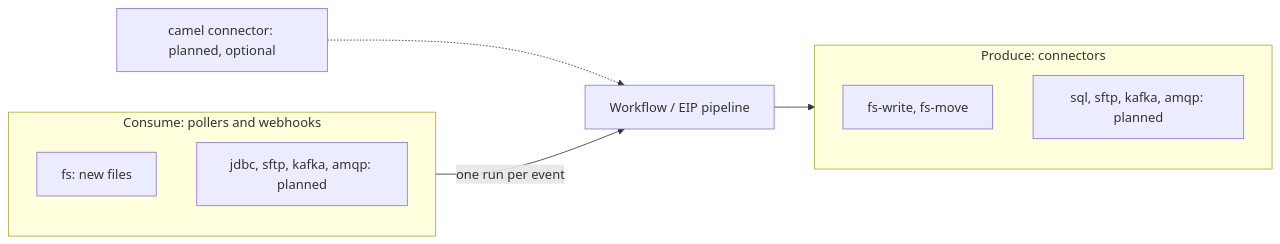
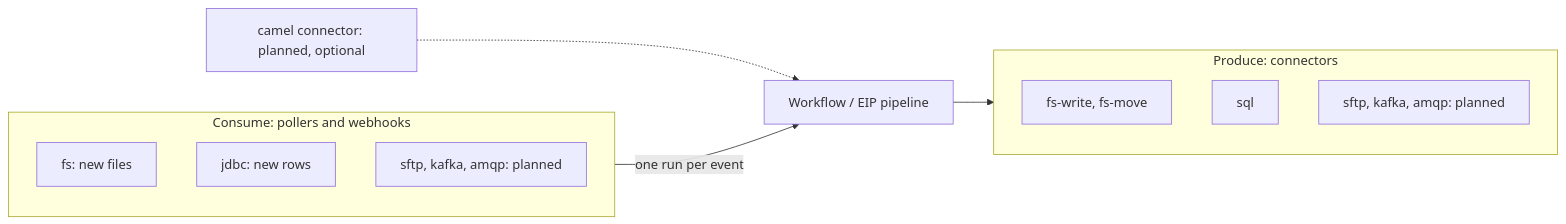
Before and after one commit to andalus-ai/wayang: the diagram in docs/ENDPOINTS.md, drawn with Mermaid. The commit also changed other lines of this file and 11 other files, not shown here.

First line of the commit message:
endpoints: sql connector and jdbc trigger source (ESB slice 2)

````diff
--- a/docs/ENDPOINTS.md
+++ b/docs/ENDPOINTS.md
@@ -5,14 +5,16 @@
 ```mermaid
 flowchart LR
   subgraph in[Consume: pollers and webhooks]
     fsin[fs: new files]
-    other[jdbc, sftp, kafka, amqp: planned]
+    jdbcin[jdbc: new rows]
+    other[sftp, kafka, amqp: planned]
   end
   in -->|one run per event| wf[Workflow / EIP pipeline]
   wf --> out
   subgraph out[Produce: connectors]
     fsout[fs-write, fs-move]
-    otherout[sql, sftp, kafka, amqp: planned]
+    sqlout[sql]
+    otherout[sftp, kafka, amqp: planned]
   end
   camel[camel connector: planned, optional] -.-> wf
 ```
````
